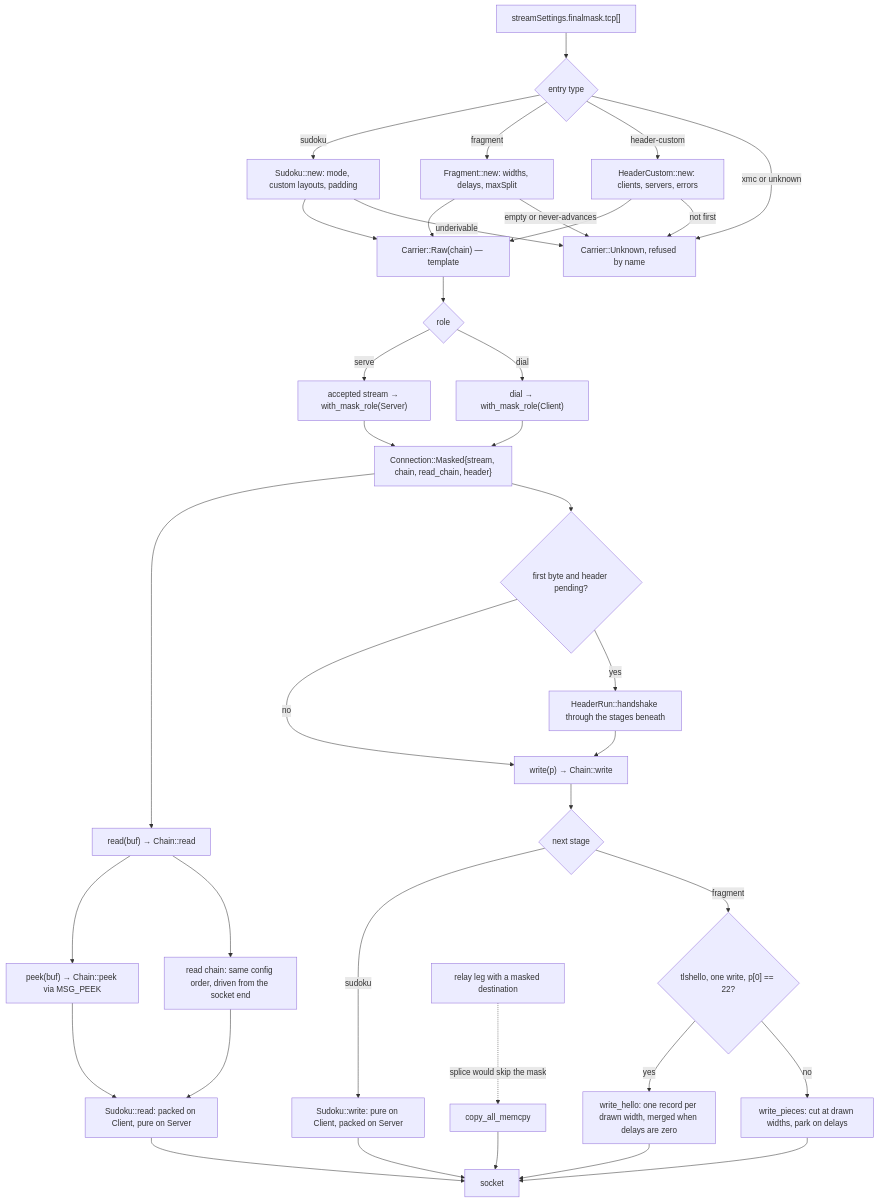
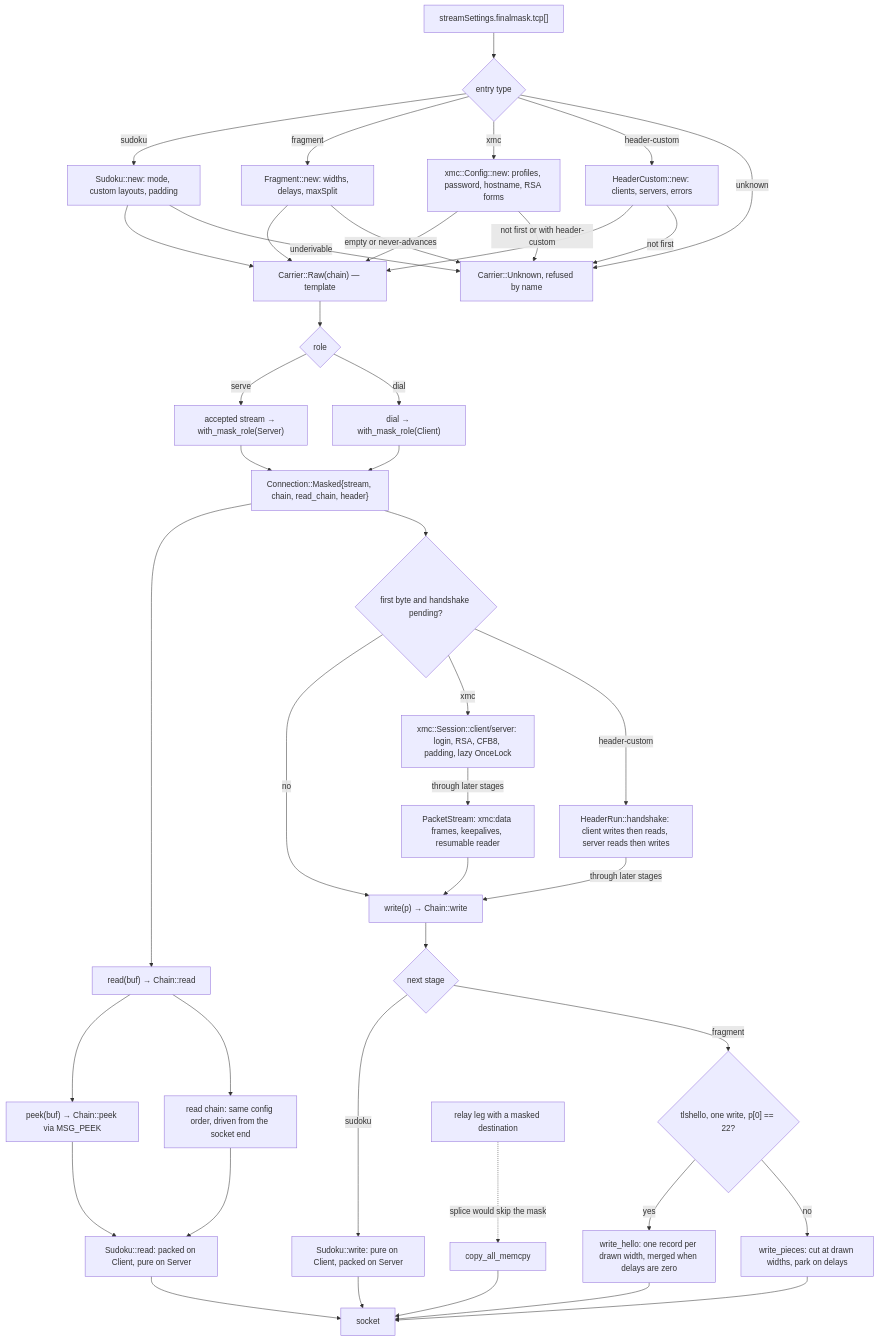
The diagram in docs/function/finalmask.md (Ferrocite/ferrox), drawn with Mermaid before and after one commit. The commit also changed other lines of this file and 13 other files, not shown here.

Commit message:
xmc: complete the handshake, session and app wiring

````diff
--- a/docs/function/finalmask.md
+++ b/docs/function/finalmask.md
@@ -19,39 +23,45 @@
 ```mermaid
 graph TD
     C["streamSettings.finalmask.tcp[]"] --> R{"entry type"}
-    R -- "xmc or unknown" --> U["Carrier::Unknown, refused by name"]
+    R -- "unknown" --> U["Carrier::Unknown, refused by name"]
     R -- "header-custom" --> HC["HeaderCustom::new: clients, servers, errors"]
     HC -- "not first" --> U
+    R -- "xmc" --> X["xmc::Config::new: profiles, password, hostname, RSA forms"]
+    X -- "not first or with header-custom" --> U
     R -- "fragment" --> F["Fragment::new: widths, delays, maxSplit"]
     F -- empty or never-advances --> U
     R -- sudoku --> SD["Sudoku::new: mode, custom layouts, padding"]
     SD -- underivable --> U
     F --> T["Carrier::Raw(chain) — template"]
     SD --> T
     HC --> T
+    X --> T
     T --> D{"role"}
     D -- dial --> W1["dial → with_mask_role(Client)"]
     D -- serve --> W2["accepted stream → with_mask_role(Server)"]
     W1 --> M["Connection::Masked{stream, chain, read_chain, header}"]
     W2 --> M
-    M --> H0{"first byte and header pending?"}
-    H0 -- yes --> HR["HeaderRun::handshake through the stages beneath"]
-    HR --> S
+    M --> H0{"first byte and handshake pending?"}
+    H0 -- "header-custom" --> HR["HeaderRun::handshake: client writes then reads, server reads then writes"]
+    HR -- "through later stages" --> S
+    H0 -- "xmc" --> XS["xmc::Session::client/server: login, RSA, CFB8, padding, lazy OnceLock"]
+    XS -- "through later stages" --> PS["PacketStream: xmc:data frames, keepalives, resumable reader"]
+    PS --> S
     H0 -- no --> S["write(p) → Chain::write"]
     S --> G{"next stage"}
     G -- fragment --> H{"tlshello, one write, p[0] == 22?"}
     H -- no --> B["write_pieces: cut at drawn widths, park on delays"]
     H -- yes --> E["write_hello: one record per drawn width, merged when delays are zero"]
     G -- sudoku --> SE["Sudoku::write: pure on Client, packed on Server"]
     E --> K["socket"]
     B --> K
     SE --> K
     M --> RD["read(buf) → Chain::read"]
     RD --> RR["read chain: same config order, driven from the socket end"]
     RR --> RU["Sudoku::read: packed on Client, pure on Server"]
     RU --> K
     RD --> PK["peek(buf) → Chain::peek via MSG_PEEK"]
     PK --> RU
     K2["relay leg with a masked destination"] -. "splice would skip the mask" .-> MC["copy_all_memcpy"]
     MC --> K
 ```
````
